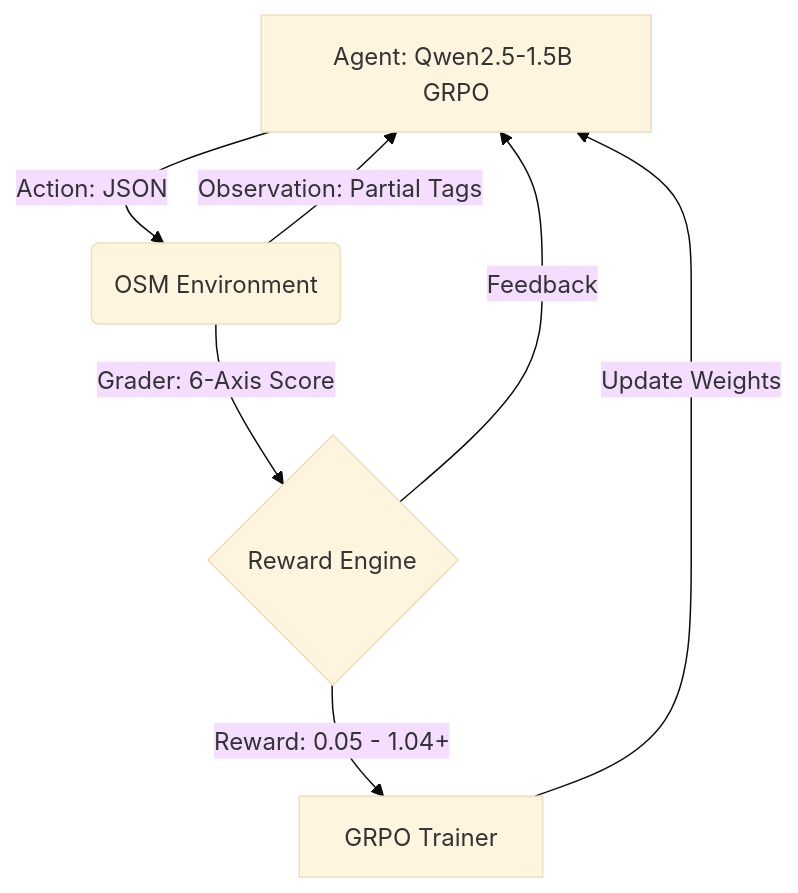
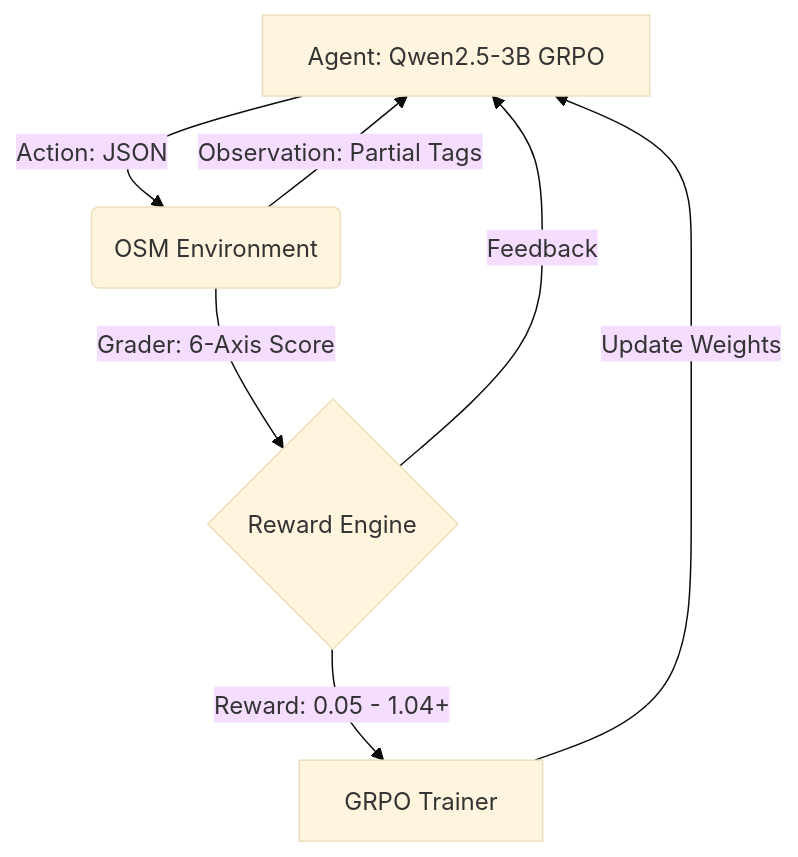
One commit to Arawn-D/osm-map-quality-env changed the diagram in README.md. Above: the diagram before and after it, drawn with Mermaid (base theme). The commit also changed other lines of this file, not shown here.

Commit message:
fix: correct model name to Qwen2.5-3B-Instruct-bnb-4bit in README

````diff
--- a/README.md
+++ b/README.md
@@ -50,9 +50,9 @@
 ```mermaid
 graph TD
-    A["Agent: Qwen2.5-1.5B GRPO"] -->|"Action: JSON"| B("OSM Environment")
+    A["Agent: Qwen2.5-3B GRPO"] -->|"Action: JSON"| B("OSM Environment")
     B -->|"Observation: Partial Tags"| A
     B -->|"Grader: 6-Axis Score"| C{"Reward Engine"}
     C -->|"Feedback"| A
     C -->|"Reward: 0.05 - 1.04+"| D["GRPO Trainer"]
     D -->|"Update Weights"| A
 ```
````
